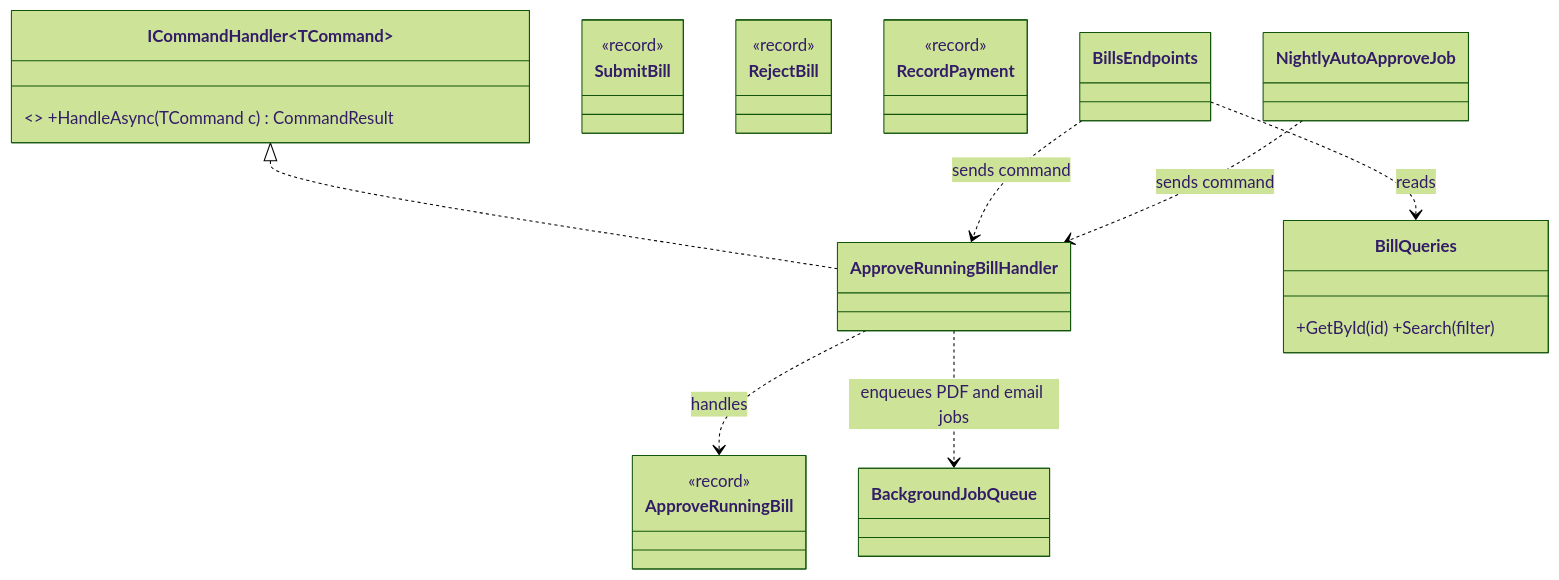
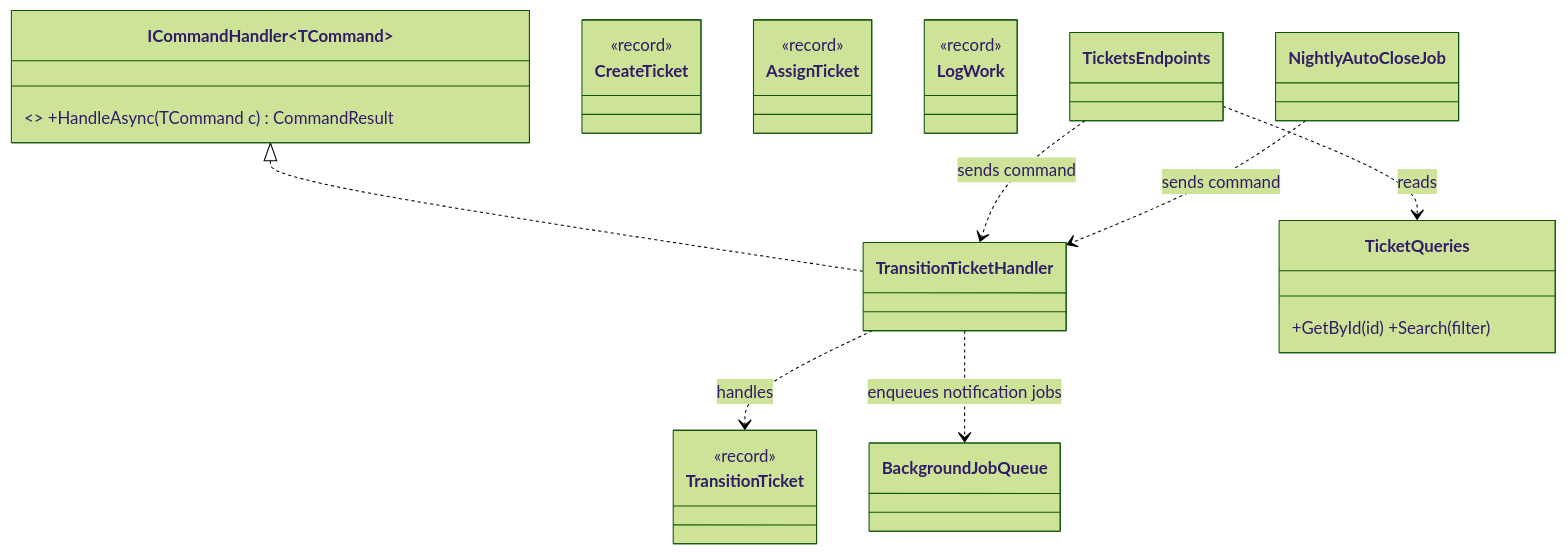
One commit to rizwi0786/system-design-lab changed the third of 3 diagrams in content/lessons/m06/m06-command.md. Above: the diagram before and after it, drawn with Mermaid (forest theme). The commit also changed other lines of this file and 334 other files, not shown here.

````diff
--- a/content/lessons/m06/m06-command.md
+++ b/content/lessons/m06/m06-command.md
@@ -1248,19 +1289,19 @@
 ```mermaid
 classDiagram
   class ICommandHandler~TCommand~ { <<interface>> +HandleAsync(TCommand c) CommandResult }
-  class SubmitBill { <<record>> }
-  class ApproveRunningBill { <<record>> }
-  class RejectBill { <<record>> }
-  class RecordPayment { <<record>> }
-  class ApproveRunningBillHandler
-  class BillQueries { +GetById(id) +Search(filter) }
-  class BillsEndpoints
-  class NightlyAutoApproveJob
+  class CreateTicket { <<record>> }
+  class AssignTicket { <<record>> }
+  class TransitionTicket { <<record>> }
+  class LogWork { <<record>> }
+  class TransitionTicketHandler
+  class TicketQueries { +GetById(id) +Search(filter) }
+  class TicketsEndpoints
+  class NightlyAutoCloseJob
   class BackgroundJobQueue
-  ICommandHandler <|.. ApproveRunningBillHandler
-  ApproveRunningBillHandler ..> ApproveRunningBill : handles
-  BillsEndpoints ..> ApproveRunningBillHandler : sends command
-  NightlyAutoApproveJob ..> ApproveRunningBillHandler : sends command
-  ApproveRunningBillHandler ..> BackgroundJobQueue : enqueues PDF and email jobs
-  BillsEndpoints ..> BillQueries : reads
+  ICommandHandler <|.. TransitionTicketHandler
+  TransitionTicketHandler ..> TransitionTicket : handles
+  TicketsEndpoints ..> TransitionTicketHandler : sends command
+  NightlyAutoCloseJob ..> TransitionTicketHandler : sends command
+  TransitionTicketHandler ..> BackgroundJobQueue : enqueues notification jobs
+  TicketsEndpoints ..> TicketQueries : reads
 ```
````
